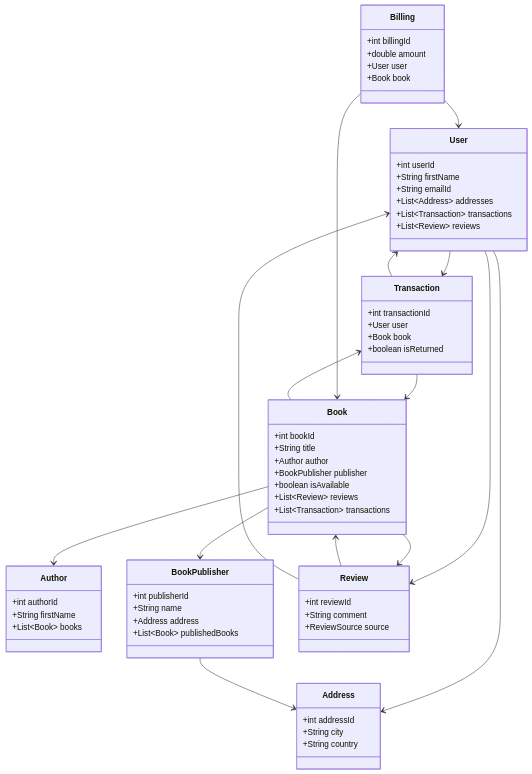
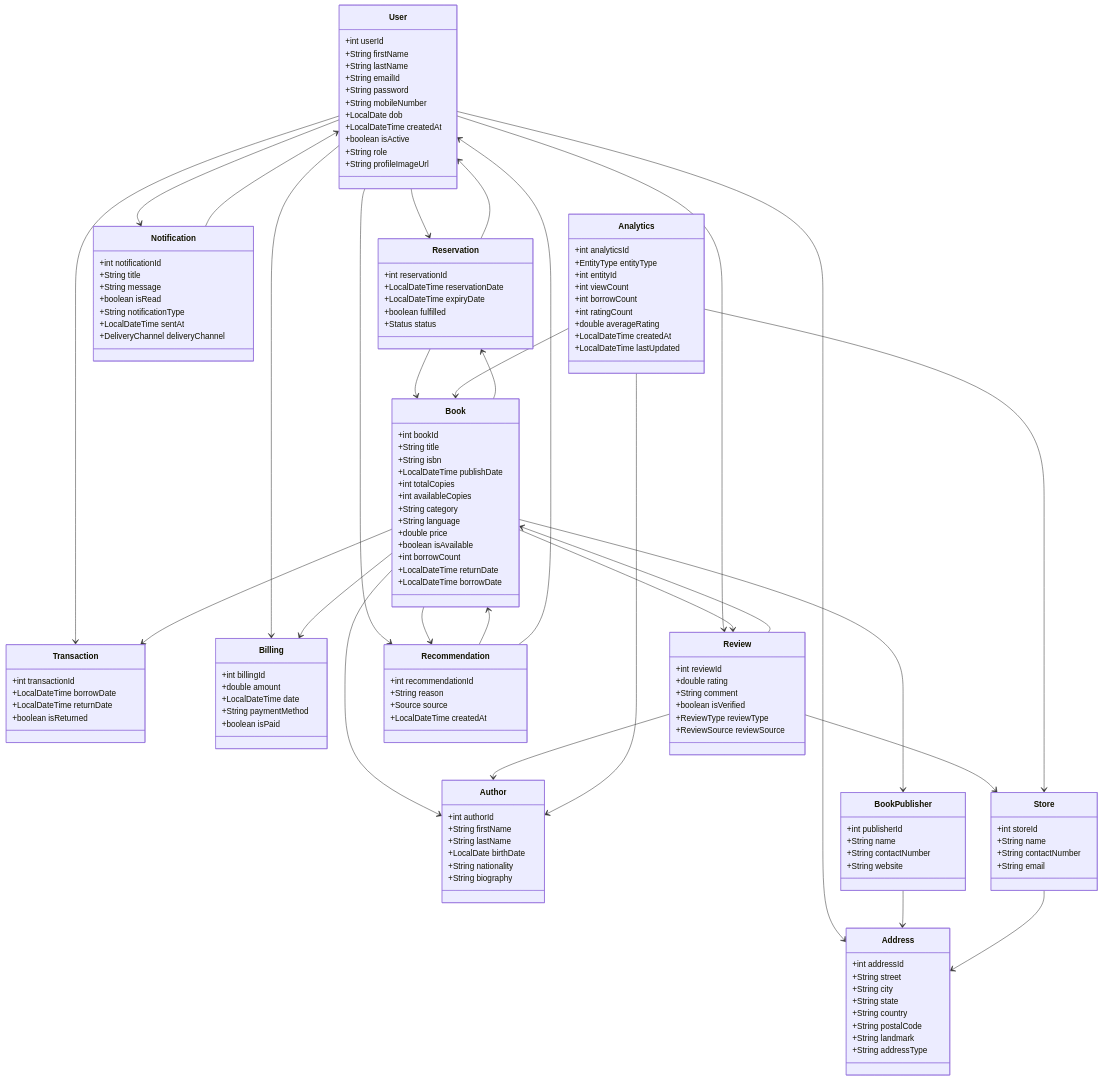
The diagram in README.md (codwithsid/spring-boot-library-management), drawn with Mermaid before and after one commit.

Commit message:
updated class diagram

````diff
--- a/README.md
+++ b/README.md
@@ -200,73 +200,161 @@
   class User {
     +int userId
     +String firstName
+    +String lastName
     +String emailId
-    +List~Address~ addresses
-    +List~Transaction~ transactions
-    +List~Review~ reviews
+    +String password
+    +String mobileNumber
+    +LocalDate dob
+    +LocalDateTime createdAt
+    +boolean isActive
+    +String role
+    +String profileImageUrl
+  }
+
+  class Address {
+    +int addressId
+    +String street
+    +String city
+    +String state
+    +String country
+    +String postalCode
+    +String landmark
+    +String addressType
   }
 
   class Book {
     +int bookId
     +String title
-    +Author author
-    +BookPublisher publisher
+    +String isbn
+    +LocalDateTime publishDate
+    +int totalCopies
+    +int availableCopies
+    +String category
+    +String language
+    +double price
     +boolean isAvailable
-    +List~Review~ reviews
-    +List~Transaction~ transactions
+    +int borrowCount
+    +LocalDateTime returnDate
+    +LocalDateTime borrowDate
   }
 
   class Author {
     +int authorId
     +String firstName
-    +List~Book~ books
+    +String lastName
+    +LocalDate birthDate
+    +String nationality
+    +String biography
   }
 
   class BookPublisher {
     +int publisherId
     +String name
-    +Address address
-    +List~Book~ publishedBooks
-  }
-
-  class Address {
-    +int addressId
-    +String city
-    +String country
+    +String contactNumber
+    +String website
   }
 
   class Transaction {
     +int transactionId
-    +User user
-    +Book book
+    +LocalDateTime borrowDate
+    +LocalDateTime returnDate
     +boolean isReturned
   }
 
   class Billing {
     +int billingId
     +double amount
-    +User user
-    +Book book
+    +LocalDateTime date
+    +String paymentMethod
+    +boolean isPaid
+  }
+
+  class Reservation {
+    +int reservationId
+    +LocalDateTime reservationDate
+    +LocalDateTime expiryDate
+    +boolean fulfilled
+    +Status status
   }
 
   class Review {
     +int reviewId
+    +double rating
     +String comment
-    +ReviewSource source
+    +boolean isVerified
+    +ReviewType reviewType
+    +ReviewSource reviewSource
   }
 
+  class Recommendation {
+    +int recommendationId
+    +String reason
+    +Source source
+    +LocalDateTime createdAt
+  }
+
+  class Notification {
+    +int notificationId
+    +String title
+    +String message
+    +boolean isRead
+    +String notificationType
+    +LocalDateTime sentAt
+    +DeliveryChannel deliveryChannel
+  }
+
+  class Analytics {
+    +int analyticsId
+    +EntityType entityType
+    +int entityId
+    +int viewCount
+    +int borrowCount
+    +int ratingCount
+    +double averageRating
+    +LocalDateTime createdAt
+    +LocalDateTime lastUpdated
+  }
+
+  class Store {
+    +int storeId
+    +String name
+    +String contactNumber
+    +String email
+  }
+
+  %% Relationships
   User --> Address
   User --> Transaction
+  User --> Reservation
   User --> Review
+  User --> Notification
+  User --> Recommendation
+  User --> Billing
+
   Book --> Author
   Book --> BookPublisher
   Book --> Transaction
+  Book --> Reservation
   Book --> Review
+  Book --> Recommendation
+  Book --> Billing
+
   BookPublisher --> Address
-  Transaction --> Book
-  Transaction --> User
-  Billing --> User
-  Billing --> Book
+  Store --> Address
+
   Review --> Book
-  Review --> User
+  Review --> Author
+  Review --> Store
+
+  Reservation --> Book
+  Reservation --> User
+
+  Recommendation --> Book
+  Recommendation --> User
+
+  Notification --> User
+  Analytics --> Book
+  Analytics --> Author
+  Analytics --> Store
+
 ```
````
